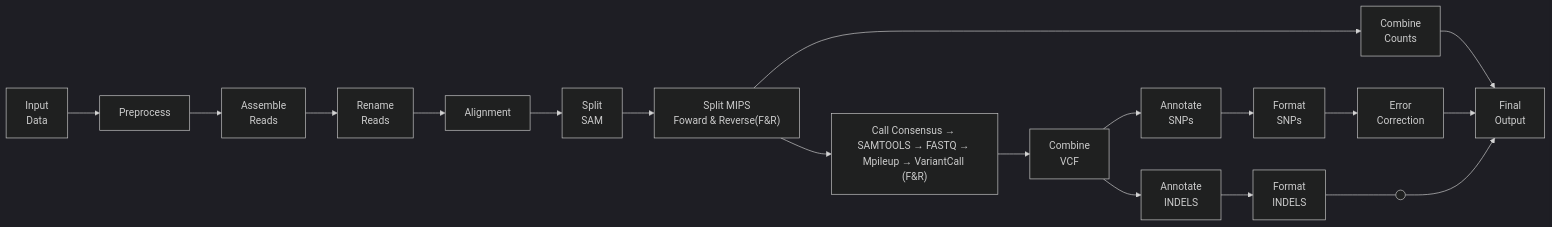
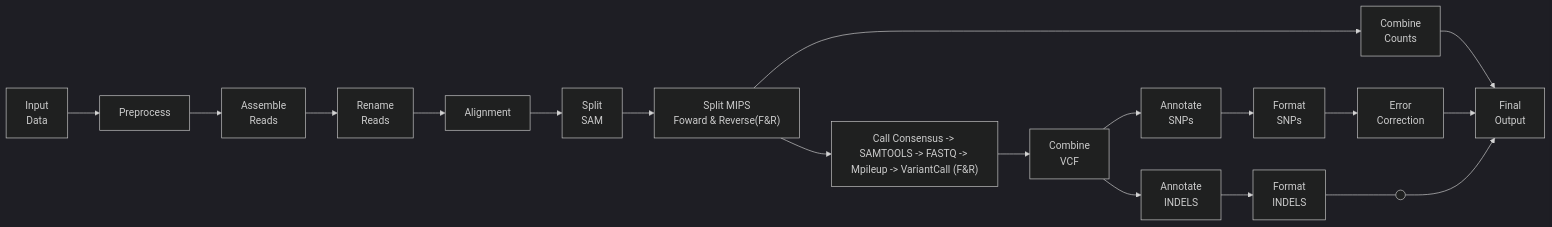
The diagram in README.md (patkarlab/LSC_smMIPS_MRD), drawn with Mermaid (dark theme) before and after one commit. The commit also changed other lines of this file, not shown here.

````diff
--- a/README.md
+++ b/README.md
@@ -8,35 +8,35 @@
 ```mermaid
 flowchart LR
 	A["Input
 	Data"] --> B["Preprocess"] --> C["Assemble 
 	Reads"] --> D["Rename
 	Reads"] --> E["Alignment"]
 		
 	E --> F["Split
 	SAM"]
 	F --> G["Split MIPS
     Foward & Reverse(F&R)"]
 
 	G --> P["Combine
 	Counts"]
-	G --> H["Call Consensus → SAMTOOLS → FASTQ → Mpileup → VariantCall (F&R)"]
+	G --> H["Call Consensus -> SAMTOOLS -> FASTQ -> Mpileup -> VariantCall (F&R)"]
 
 	H --> I["Combine
 	VCF"] 
 	I --> J["Annotate 
 	SNPs"] --> K["Format
 	SNPs"]
 
 	K --> L["Error
 	Correction"]
 	I --> M["Annotate
 	INDELS"] --> N["Format
 	INDELS"] --- dummy1(( ))
 
 	P --> Q["Final
 	Output"]
 	L --> Q["Final
 	Output"]
 	dummy1 --> Q["Final
 	Output"]
 ```
````
